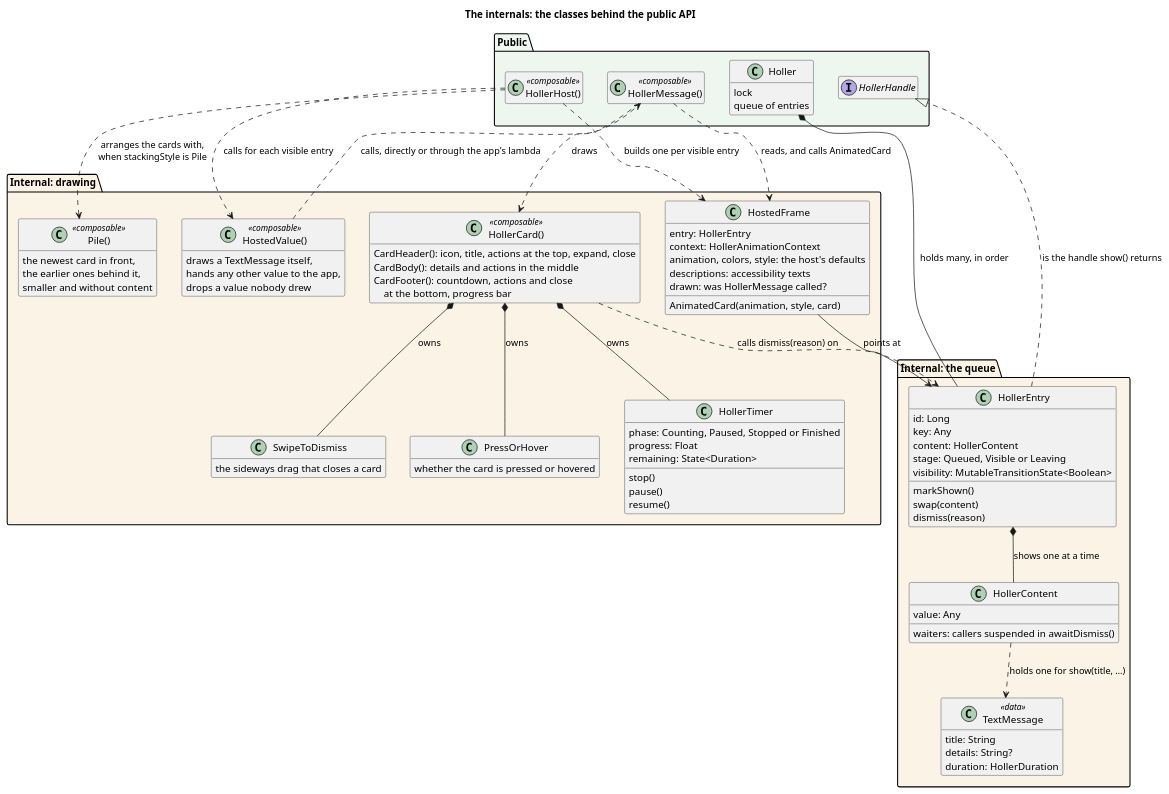
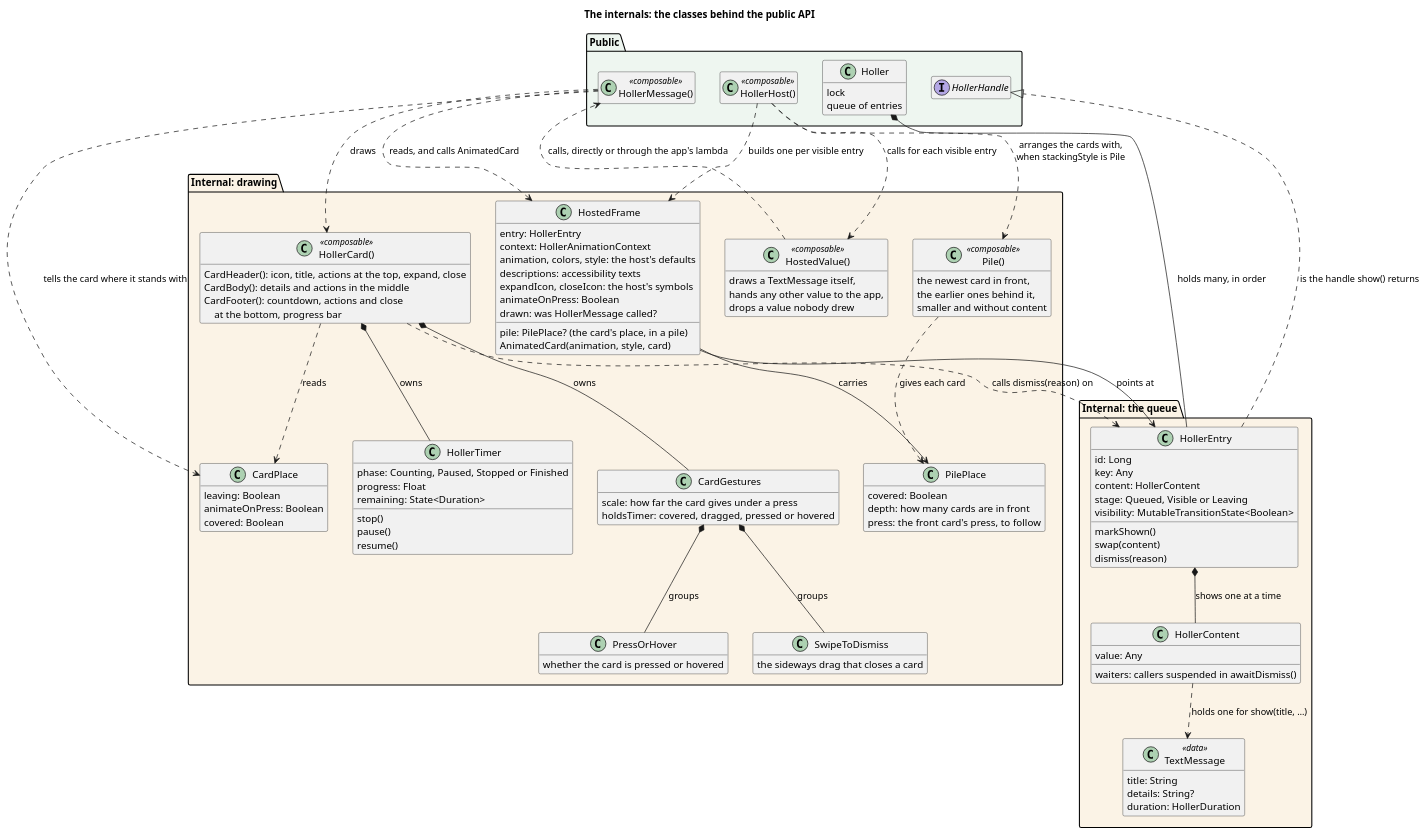
The diagram in docs/holler-5-internals.puml (mradzinski/Holler), drawn with PlantUML before and after one commit. The commit also changed 15 other files, not shown here.

Commit message:
Updated the architecture diagrams and removed their SVG versions

```diff
--- a/docs/holler-5-internals.puml
+++ b/docs/holler-5-internals.puml
@@ -1,108 +1,133 @@
 @startuml holler-5-internals
 title The internals: the classes behind the public API
 
 skinparam shadowing false
 skinparam classAttributeIconSize 0
 hide empty members
 
 package "Public" #EEF6F0 {
     class Holler {
         lock
         queue of entries
     }
     interface HollerHandle
     class "HollerHost()" as HollerHost <<composable>>
     class "HollerMessage()" as HollerMessage <<composable>>
 }
 
 package "Internal: the queue" #FBF3E6 {
 
     class HollerEntry {
         id: Long
         key: Any
         content: HollerContent
         stage: Queued, Visible or Leaving
         visibility: MutableTransitionState<Boolean>
         markShown()
         swap(content)
         dismiss(reason)
     }
 
     class HollerContent {
         value: Any
         waiters: callers suspended in awaitDismiss()
     }
 
     class TextMessage <<data>> {
         title: String
         details: String?
         duration: HollerDuration
     }
 }
 
 package "Internal: drawing" #FBF3E6 {
 
     class HostedFrame {
         entry: HollerEntry
         context: HollerAnimationContext
         animation, colors, style: the host's defaults
         descriptions: accessibility texts
+        expandIcon, closeIcon: the host's symbols
+        animateOnPress: Boolean
+        pile: PilePlace? (the card's place, in a pile)
         drawn: was HollerMessage called?
         AnimatedCard(animation, style, card)
     }
 
     class "HostedValue()" as HostedValue <<composable>> {
         draws a TextMessage itself,
         hands any other value to the app,
         drops a value nobody drew
     }
 
     class "HollerCard()" as HollerCard <<composable>> {
         CardHeader(): icon, title, actions at the top, expand, close
         CardBody(): details and actions in the middle
         CardFooter(): countdown, actions and close\n    at the bottom, progress bar
     }
 
     class HollerTimer {
         phase: Counting, Paused, Stopped or Finished
         progress: Float
         remaining: State<Duration>
         stop()
         pause()
         resume()
     }
 
     class "Pile()" as Pile <<composable>> {
         the newest card in front,
         the earlier ones behind it,
         smaller and without content
     }
 
+    class PilePlace {
+        covered: Boolean
+        depth: how many cards are in front
+        press: the front card's press, to follow
+    }
+
+    class CardPlace {
+        leaving: Boolean
+        animateOnPress: Boolean
+        covered: Boolean
+    }
+
+    class CardGestures {
+        scale: how far the card gives under a press
+        holdsTimer: covered, dragged, pressed or hovered
+    }
+
     class SwipeToDismiss {
         the sideways drag that closes a card
     }
 
     class PressOrHover {
         whether the card is pressed or hovered
     }
 }
 
 Holler *-- HollerEntry : holds many, in order
 HollerEntry ..|> HollerHandle : is the handle show() returns
 HollerEntry *-- HollerContent : shows one at a time
 HollerContent ..> TextMessage : holds one for show(title, …)
 
 HollerHost ..> HostedFrame : builds one per visible entry
 HollerHost ..> HostedValue : calls for each visible entry
 HollerHost ..> Pile : arranges the cards with,\nwhen stackingStyle is Pile
 HostedValue ..> HollerMessage : calls, directly or through the app's lambda
 HollerMessage ..> HostedFrame : reads, and calls AnimatedCard
 HollerMessage ..> HollerCard : draws
 HostedFrame --> HollerEntry : points at
 
 HollerCard *-- HollerTimer : owns
-HollerCard *-- SwipeToDismiss : owns
-HollerCard *-- PressOrHover : owns
+HollerCard *-- CardGestures : owns
+CardGestures *-- SwipeToDismiss : groups
+CardGestures *-- PressOrHover : groups
+Pile ..> PilePlace : gives each card
+HostedFrame --> PilePlace : carries
+HollerMessage ..> CardPlace : tells the card where it stands with
+HollerCard ..> CardPlace : reads
 HollerCard ..> HollerEntry : calls dismiss(reason) on
 
 @enduml
```
